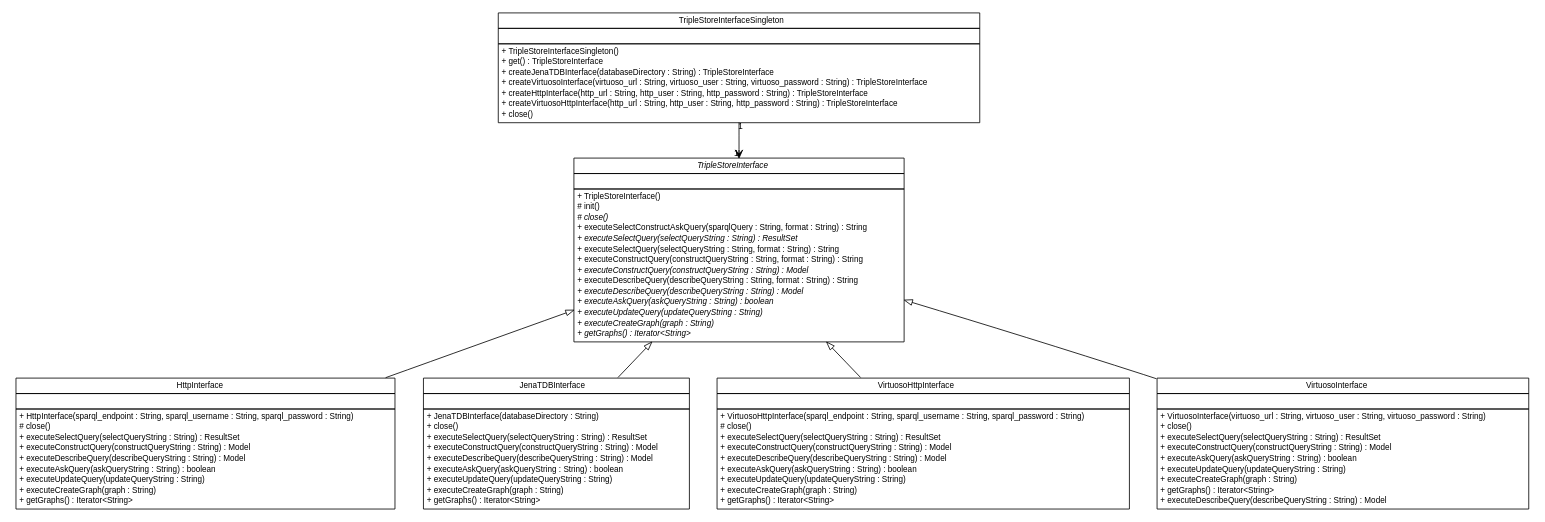
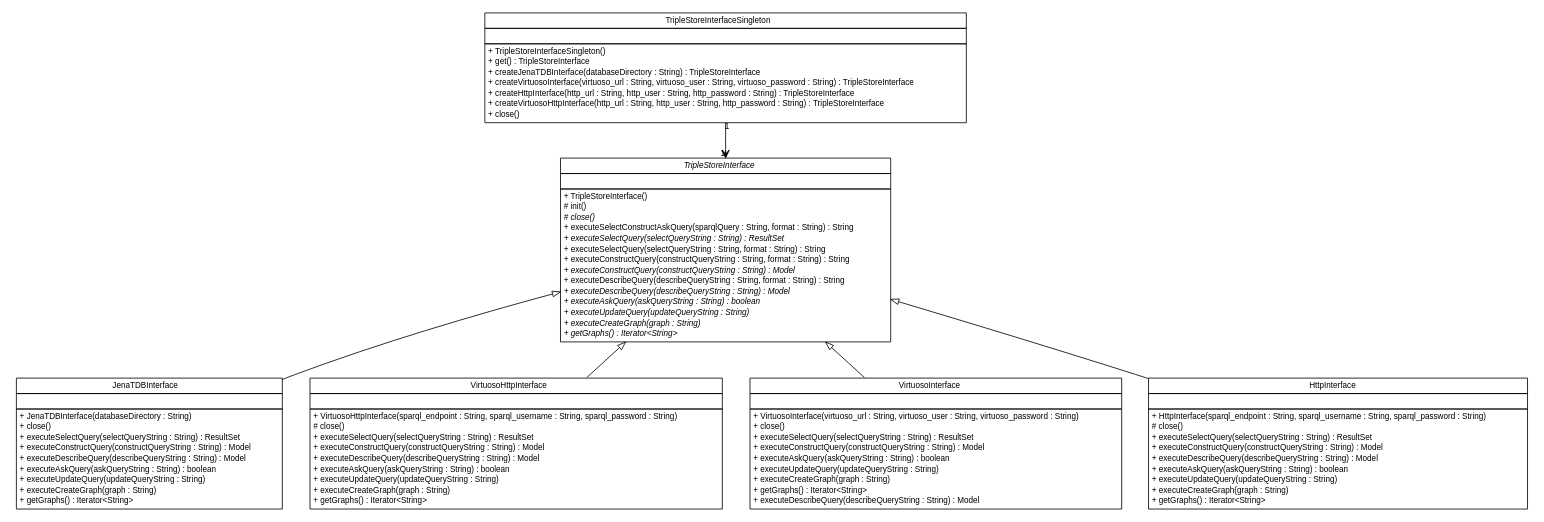
One commit to adrianorzyszek/r43ples changed the diagram in site/apidocs/de/tud/plt/r43ples/triplestoreInterface/de.tud.plt.r43ples.triplestoreInterface.dot. Above: the diagram before and after it, drawn with Graphviz. The commit also changed 245 other files, not shown here.

```diff
--- a/site/apidocs/de/tud/plt/r43ples/triplestoreInterface/de.tud.plt.r43ples.triplestoreInterface.dot
+++ b/site/apidocs/de/tud/plt/r43ples/triplestoreInterface/de.tud.plt.r43ples.triplestoreInterface.dot
@@ -9,48 +9,26 @@
 	node [fontname="Helvetica",fontsize=10,shape=plaintext];
 	nodesep=0.25;
 	ranksep=0.5;
-	// de.tud.plt.r43ples.triplestoreInterface.HttpInterface
-	c87 [label=<<table title="de.tud.plt.r43ples.triplestoreInterface.HttpInterface" border="0" cellborder="1" cellspacing="0" cellpadding="2" port="p" href="./HttpInterface.html">
+	// de.tud.plt.r43ples.triplestoreInterface.TripleStoreInterfaceSingleton
+	c270 [label=<<table title="de.tud.plt.r43ples.triplestoreInterface.TripleStoreInterfaceSingleton" border="0" cellborder="1" cellspacing="0" cellpadding="2" port="p" href="./TripleStoreInterfaceSingleton.html">
 		<tr><td><table border="0" cellspacing="0" cellpadding="1">
-<tr><td align="center" balign="center"> HttpInterface </td></tr>
+<tr><td align="center" balign="center"> TripleStoreInterfaceSingleton </td></tr>
 		</table></td></tr>
 		<tr><td><table border="0" cellspacing="0" cellpadding="1">
 <tr><td align="left" balign="left">  </td></tr>
 		</table></td></tr>
 		<tr><td><table border="0" cellspacing="0" cellpadding="1">
-<tr><td align="left" balign="left"> + HttpInterface(sparql_endpoint : String, sparql_username : String, sparql_password : String) </td></tr>
-<tr><td align="left" balign="left"> # close() </td></tr>
-<tr><td align="left" balign="left"> + executeSelectQuery(selectQueryString : String) : ResultSet </td></tr>
-<tr><td align="left" balign="left"> + executeConstructQuery(constructQueryString : String) : Model </td></tr>
-<tr><td align="left" balign="left"> + executeDescribeQuery(describeQueryString : String) : Model </td></tr>
-<tr><td align="left" balign="left"> + executeAskQuery(askQueryString : String) : boolean </td></tr>
-<tr><td align="left" balign="left"> + executeUpdateQuery(updateQueryString : String) </td></tr>
-<tr><td align="left" balign="left"> + executeCreateGraph(graph : String) </td></tr>
-<tr><td align="left" balign="left"> + getGraphs() : Iterator&lt;String&gt; </td></tr>
+<tr><td align="left" balign="left"> + TripleStoreInterfaceSingleton() </td></tr>
+<tr><td align="left" balign="left"> + get() : TripleStoreInterface </td></tr>
+<tr><td align="left" balign="left"> + createJenaTDBInterface(databaseDirectory : String) : TripleStoreInterface </td></tr>
+<tr><td align="left" balign="left"> + createVirtuosoInterface(virtuoso_url : String, virtuoso_user : String, virtuoso_password : String) : TripleStoreInterface </td></tr>
+<tr><td align="left" balign="left"> + createHttpInterface(http_url : String, http_user : String, http_password : String) : TripleStoreInterface </td></tr>
+<tr><td align="left" balign="left"> + createVirtuosoHttpInterface(http_url : String, http_user : String, http_password : String) : TripleStoreInterface </td></tr>
+<tr><td align="left" balign="left"> + close() </td></tr>
 		</table></td></tr>
-		</table>>, URL="./HttpInterface.html", fontname="Helvetica", fontcolor="black", fontsize=10.0];
-	// de.tud.plt.r43ples.triplestoreInterface.JenaTDBInterface
-	c88 [label=<<table title="de.tud.plt.r43ples.triplestoreInterface.JenaTDBInterface" border="0" cellborder="1" cellspacing="0" cellpadding="2" port="p" href="./JenaTDBInterface.html">
-		<tr><td><table border="0" cellspacing="0" cellpadding="1">
-<tr><td align="center" balign="center"> JenaTDBInterface </td></tr>
-		</table></td></tr>
-		<tr><td><table border="0" cellspacing="0" cellpadding="1">
-<tr><td align="left" balign="left">  </td></tr>
-		</table></td></tr>
-		<tr><td><table border="0" cellspacing="0" cellpadding="1">
-<tr><td align="left" balign="left"> + JenaTDBInterface(databaseDirectory : String) </td></tr>
-<tr><td align="left" balign="left"> + close() </td></tr>
-<tr><td align="left" balign="left"> + executeSelectQuery(selectQueryString : String) : ResultSet </td></tr>
-<tr><td align="left" balign="left"> + executeConstructQuery(constructQueryString : String) : Model </td></tr>
-<tr><td align="left" balign="left"> + executeDescribeQuery(describeQueryString : String) : Model </td></tr>
-<tr><td align="left" balign="left"> + executeAskQuery(askQueryString : String) : boolean </td></tr>
-<tr><td align="left" balign="left"> + executeUpdateQuery(updateQueryString : String) </td></tr>
-<tr><td align="left" balign="left"> + executeCreateGraph(graph : String) </td></tr>
-<tr><td align="left" balign="left"> + getGraphs() : Iterator&lt;String&gt; </td></tr>
-		</table></td></tr>
-		</table>>, URL="./JenaTDBInterface.html", fontname="Helvetica", fontcolor="black", fontsize=10.0];
+		</table>>, URL="./TripleStoreInterfaceSingleton.html", fontname="Helvetica", fontcolor="black", fontsize=10.0];
 	// de.tud.plt.r43ples.triplestoreInterface.TripleStoreInterface
-	c89 [label=<<table title="de.tud.plt.r43ples.triplestoreInterface.TripleStoreInterface" border="0" cellborder="1" cellspacing="0" cellpadding="2" port="p" href="./TripleStoreInterface.html">
+	c271 [label=<<table title="de.tud.plt.r43ples.triplestoreInterface.TripleStoreInterface" border="0" cellborder="1" cellspacing="0" cellpadding="2" port="p" href="./TripleStoreInterface.html">
 		<tr><td><table border="0" cellspacing="0" cellpadding="1">
 <tr><td align="center" balign="center"><font face="Helvetica-Oblique"> TripleStoreInterface </font></td></tr>
 		</table></td></tr>
@@ -74,26 +52,28 @@
 <tr><td align="left" balign="left"><font face="Helvetica-Oblique" point-size="10.0"> + getGraphs() : Iterator&lt;String&gt; </font></td></tr>
 		</table></td></tr>
 		</table>>, URL="./TripleStoreInterface.html", fontname="Helvetica", fontcolor="black", fontsize=10.0];
-	// de.tud.plt.r43ples.triplestoreInterface.TripleStoreInterfaceSingleton
-	c90 [label=<<table title="de.tud.plt.r43ples.triplestoreInterface.TripleStoreInterfaceSingleton" border="0" cellborder="1" cellspacing="0" cellpadding="2" port="p" href="./TripleStoreInterfaceSingleton.html">
+	// de.tud.plt.r43ples.triplestoreInterface.JenaTDBInterface
+	c272 [label=<<table title="de.tud.plt.r43ples.triplestoreInterface.JenaTDBInterface" border="0" cellborder="1" cellspacing="0" cellpadding="2" port="p" href="./JenaTDBInterface.html">
 		<tr><td><table border="0" cellspacing="0" cellpadding="1">
-<tr><td align="center" balign="center"> TripleStoreInterfaceSingleton </td></tr>
+<tr><td align="center" balign="center"> JenaTDBInterface </td></tr>
 		</table></td></tr>
 		<tr><td><table border="0" cellspacing="0" cellpadding="1">
 <tr><td align="left" balign="left">  </td></tr>
 		</table></td></tr>
 		<tr><td><table border="0" cellspacing="0" cellpadding="1">
-<tr><td align="left" balign="left"> + TripleStoreInterfaceSingleton() </td></tr>
-<tr><td align="left" balign="left"> + get() : TripleStoreInterface </td></tr>
-<tr><td align="left" balign="left"> + createJenaTDBInterface(databaseDirectory : String) : TripleStoreInterface </td></tr>
-<tr><td align="left" balign="left"> + createVirtuosoInterface(virtuoso_url : String, virtuoso_user : String, virtuoso_password : String) : TripleStoreInterface </td></tr>
-<tr><td align="left" balign="left"> + createHttpInterface(http_url : String, http_user : String, http_password : String) : TripleStoreInterface </td></tr>
-<tr><td align="left" balign="left"> + createVirtuosoHttpInterface(http_url : String, http_user : String, http_password : String) : TripleStoreInterface </td></tr>
+<tr><td align="left" balign="left"> + JenaTDBInterface(databaseDirectory : String) </td></tr>
 <tr><td align="left" balign="left"> + close() </td></tr>
+<tr><td align="left" balign="left"> + executeSelectQuery(selectQueryString : String) : ResultSet </td></tr>
+<tr><td align="left" balign="left"> + executeConstructQuery(constructQueryString : String) : Model </td></tr>
+<tr><td align="left" balign="left"> + executeDescribeQuery(describeQueryString : String) : Model </td></tr>
+<tr><td align="left" balign="left"> + executeAskQuery(askQueryString : String) : boolean </td></tr>
+<tr><td align="left" balign="left"> + executeUpdateQuery(updateQueryString : String) </td></tr>
+<tr><td align="left" balign="left"> + executeCreateGraph(graph : String) </td></tr>
+<tr><td align="left" balign="left"> + getGraphs() : Iterator&lt;String&gt; </td></tr>
 		</table></td></tr>
-		</table>>, URL="./TripleStoreInterfaceSingleton.html", fontname="Helvetica", fontcolor="black", fontsize=10.0];
+		</table>>, URL="./JenaTDBInterface.html", fontname="Helvetica", fontcolor="black", fontsize=10.0];
 	// de.tud.plt.r43ples.triplestoreInterface.VirtuosoHttpInterface
-	c91 [label=<<table title="de.tud.plt.r43ples.triplestoreInterface.VirtuosoHttpInterface" border="0" cellborder="1" cellspacing="0" cellpadding="2" port="p" href="./VirtuosoHttpInterface.html">
+	c273 [label=<<table title="de.tud.plt.r43ples.triplestoreInterface.VirtuosoHttpInterface" border="0" cellborder="1" cellspacing="0" cellpadding="2" port="p" href="./VirtuosoHttpInterface.html">
 		<tr><td><table border="0" cellspacing="0" cellpadding="1">
 <tr><td align="center" balign="center"> VirtuosoHttpInterface </td></tr>
 		</table></td></tr>
@@ -113,7 +93,7 @@
 		</table></td></tr>
 		</table>>, URL="./VirtuosoHttpInterface.html", fontname="Helvetica", fontcolor="black", fontsize=10.0];
 	// de.tud.plt.r43ples.triplestoreInterface.VirtuosoInterface
-	c92 [label=<<table title="de.tud.plt.r43ples.triplestoreInterface.VirtuosoInterface" border="0" cellborder="1" cellspacing="0" cellpadding="2" port="p" href="./VirtuosoInterface.html">
+	c274 [label=<<table title="de.tud.plt.r43ples.triplestoreInterface.VirtuosoInterface" border="0" cellborder="1" cellspacing="0" cellpadding="2" port="p" href="./VirtuosoInterface.html">
 		<tr><td><table border="0" cellspacing="0" cellpadding="1">
 <tr><td align="center" balign="center"> VirtuosoInterface </td></tr>
 		</table></td></tr>
@@ -132,14 +112,34 @@
 <tr><td align="left" balign="left"> + executeDescribeQuery(describeQueryString : String) : Model </td></tr>
 		</table></td></tr>
 		</table>>, URL="./VirtuosoInterface.html", fontname="Helvetica", fontcolor="black", fontsize=10.0];
+	// de.tud.plt.r43ples.triplestoreInterface.HttpInterface
+	c275 [label=<<table title="de.tud.plt.r43ples.triplestoreInterface.HttpInterface" border="0" cellborder="1" cellspacing="0" cellpadding="2" port="p" href="./HttpInterface.html">
+		<tr><td><table border="0" cellspacing="0" cellpadding="1">
+<tr><td align="center" balign="center"> HttpInterface </td></tr>
+		</table></td></tr>
+		<tr><td><table border="0" cellspacing="0" cellpadding="1">
+<tr><td align="left" balign="left">  </td></tr>
+		</table></td></tr>
+		<tr><td><table border="0" cellspacing="0" cellpadding="1">
+<tr><td align="left" balign="left"> + HttpInterface(sparql_endpoint : String, sparql_username : String, sparql_password : String) </td></tr>
+<tr><td align="left" balign="left"> # close() </td></tr>
+<tr><td align="left" balign="left"> + executeSelectQuery(selectQueryString : String) : ResultSet </td></tr>
+<tr><td align="left" balign="left"> + executeConstructQuery(constructQueryString : String) : Model </td></tr>
+<tr><td align="left" balign="left"> + executeDescribeQuery(describeQueryString : String) : Model </td></tr>
+<tr><td align="left" balign="left"> + executeAskQuery(askQueryString : String) : boolean </td></tr>
+<tr><td align="left" balign="left"> + executeUpdateQuery(updateQueryString : String) </td></tr>
+<tr><td align="left" balign="left"> + executeCreateGraph(graph : String) </td></tr>
+<tr><td align="left" balign="left"> + getGraphs() : Iterator&lt;String&gt; </td></tr>
+		</table></td></tr>
+		</table>>, URL="./HttpInterface.html", fontname="Helvetica", fontcolor="black", fontsize=10.0];
+	// de.tud.plt.r43ples.triplestoreInterface.TripleStoreInterfaceSingleton NAVASSOC de.tud.plt.r43ples.triplestoreInterface.TripleStoreInterface
+	c270:p -> c271:p [taillabel="1", label="", headlabel="1", fontname="Helvetica", fontcolor="black", fontsize=10.0, color="black", arrowhead=open];
+	//de.tud.plt.r43ples.triplestoreInterface.JenaTDBInterface extends de.tud.plt.r43ples.triplestoreInterface.TripleStoreInterface
+	c271:p -> c272:p [dir=back,arrowtail=empty];
+	//de.tud.plt.r43ples.triplestoreInterface.VirtuosoHttpInterface extends de.tud.plt.r43ples.triplestoreInterface.TripleStoreInterface
+	c271:p -> c273:p [dir=back,arrowtail=empty];
+	//de.tud.plt.r43ples.triplestoreInterface.VirtuosoInterface extends de.tud.plt.r43ples.triplestoreInterface.TripleStoreInterface
+	c271:p -> c274:p [dir=back,arrowtail=empty];
 	//de.tud.plt.r43ples.triplestoreInterface.HttpInterface extends de.tud.plt.r43ples.triplestoreInterface.TripleStoreInterface
-	c89:p -> c87:p [dir=back,arrowtail=empty];
-	//de.tud.plt.r43ples.triplestoreInterface.JenaTDBInterface extends de.tud.plt.r43ples.triplestoreInterface.TripleStoreInterface
-	c89:p -> c88:p [dir=back,arrowtail=empty];
-	// de.tud.plt.r43ples.triplestoreInterface.TripleStoreInterfaceSingleton NAVASSOC de.tud.plt.r43ples.triplestoreInterface.TripleStoreInterface
-	c90:p -> c89:p [taillabel="1", label="", headlabel="1", fontname="Helvetica", fontcolor="black", fontsize=10.0, color="black", arrowhead=open];
-	//de.tud.plt.r43ples.triplestoreInterface.VirtuosoHttpInterface extends de.tud.plt.r43ples.triplestoreInterface.TripleStoreInterface
-	c89:p -> c91:p [dir=back,arrowtail=empty];
-	//de.tud.plt.r43ples.triplestoreInterface.VirtuosoInterface extends de.tud.plt.r43ples.triplestoreInterface.TripleStoreInterface
-	c89:p -> c92:p [dir=back,arrowtail=empty];
+	c271:p -> c275:p [dir=back,arrowtail=empty];
 }
```
